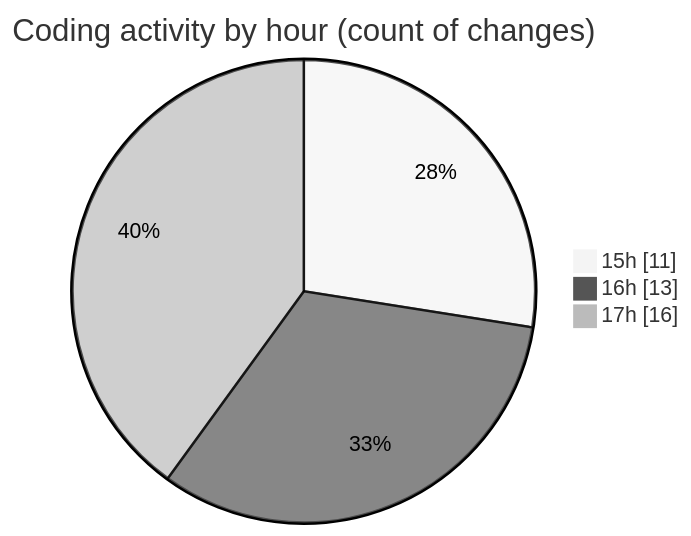
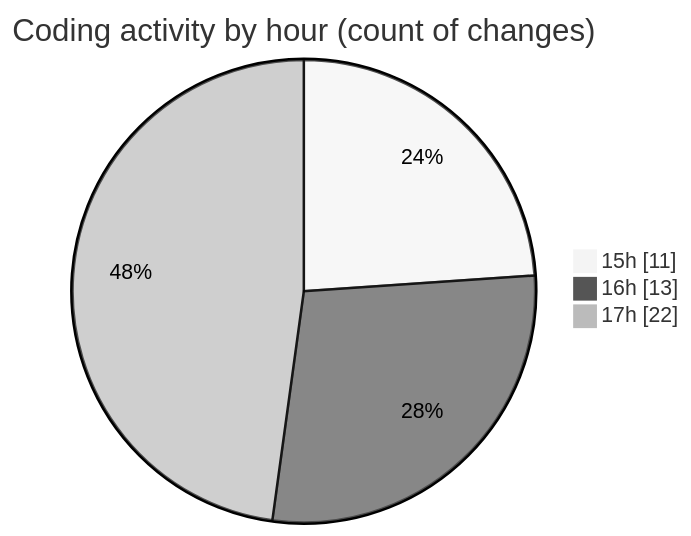
Before and after one commit to robertbonfada/code-tracking: the second of 2 diagrams in 2025-03-08/mbc-web/README.md, drawn with Mermaid (neutral theme). The commit also changed other lines of this file and 1 other file, not shown here.

````diff
--- a/2025-03-08/mbc-web/README.md
+++ b/2025-03-08/mbc-web/README.md
@@ -37,7 +37,7 @@
 ```mermaid
 pie showData
 title Coding activity by hour (count of changes)
 "15h" : 11
 "16h" : 13
-"17h" : 16
+"17h" : 22
 ```
````
